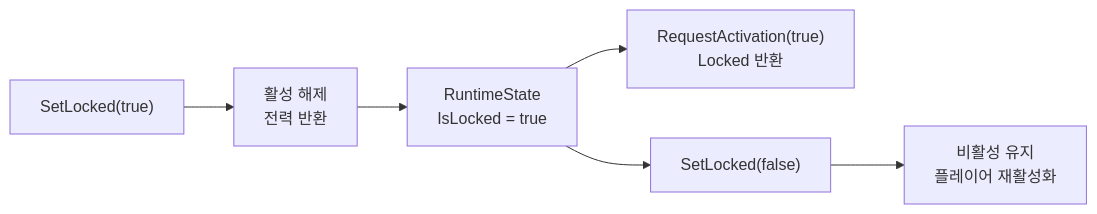
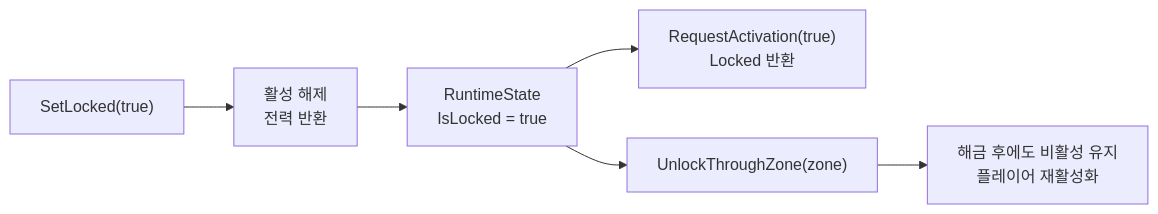
One commit to Team-HJD-21/team-hjd-docs changed diagram 13 of 16 in docs/projects/the-developer/turret/runtime-flows.md. Above: the diagram before and after it, drawn with Mermaid. The commit also changed other lines of this file and 33 other files, not shown here.

````diff
--- a/docs/projects/the-developer/turret/runtime-flows.md
+++ b/docs/projects/the-developer/turret/runtime-flows.md
@@ -580,8 +584,8 @@
 ```mermaid
 flowchart LR
     Lock["SetLocked(true)"] --> Off["활성 해제<br>전력 반환"]
     Off --> State["RuntimeState<br>IsLocked = true"]
     State --> Reject["RequestActivation(true)<br>Locked 반환"]
-    State --> Unlock["SetLocked(false)"]
-    Unlock --> Wait["비활성 유지<br>플레이어 재활성화"]
+    State --> Unlock["UnlockThroughZone(zone)"]
+    Unlock --> Wait["해금 후에도 비활성 유지<br>플레이어 재활성화"]
 ```
````
